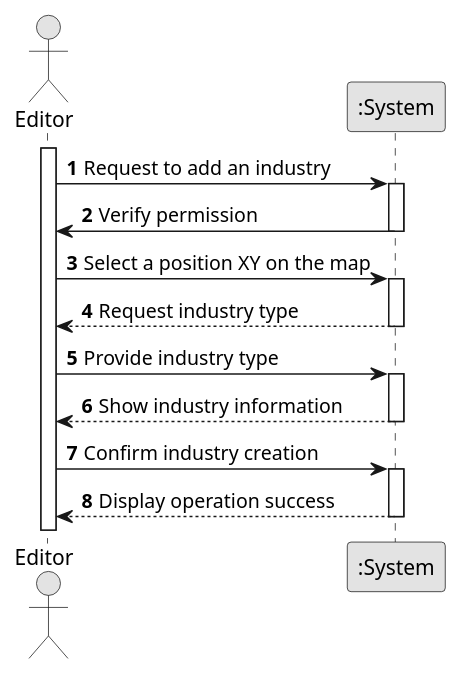
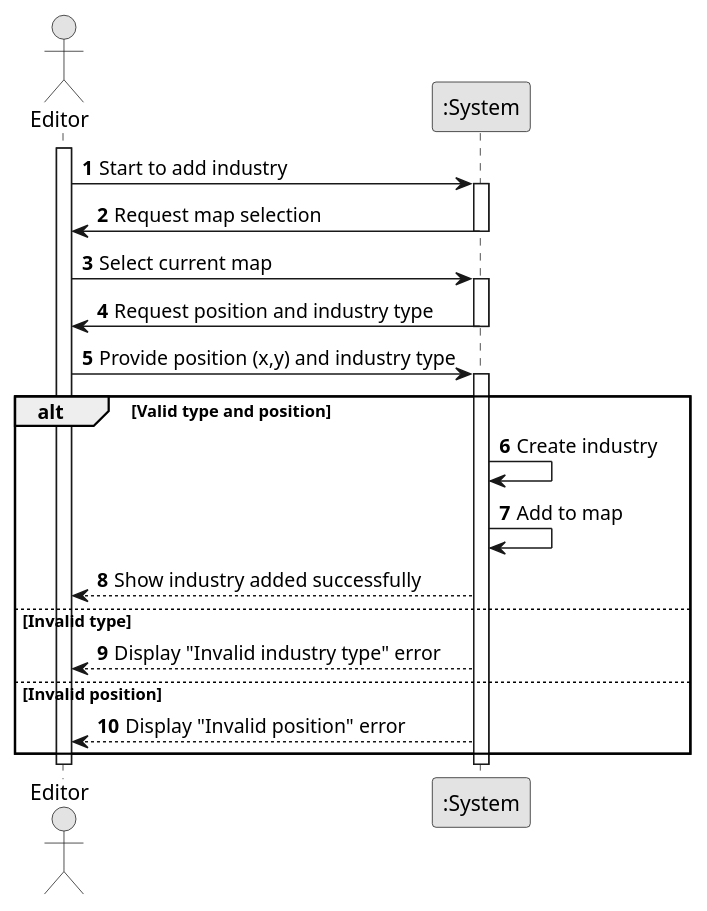
The diagram in Sprint2/US02/01.requirements-engineering.us02/puml/us02Diagram.puml (Andremonteiro1240850/railway_simulator), drawn with PlantUML before and after one commit. The commit also changed other lines of this file and 17 other files, not shown here.

Commit message:
Diagrams US02 Updated

```diff
--- a/Sprint2/US02/01.requirements-engineering.us02/puml/us02Diagram.puml
+++ b/Sprint2/US02/01.requirements-engineering.us02/puml/us02Diagram.puml
@@ -1,37 +1,40 @@
 @startuml
 skinparam monochrome true
 skinparam packageStyle rectangle
 skinparam shadowing false
 
 autonumber
 
 actor "Editor" as Editor
 participant ":System" as System
 
 activate Editor
 
-    Editor -> System : Request to add an industry
-        activate System
+    Editor -> System : Start to add industry
+    activate System
 
-    System -> Editor : Verify permission
+    System -> Editor : Request map selection
     deactivate System
 
-    Editor -> System : Select a position XY on the map
-        activate System
+    Editor -> System : Select current map
+    activate System
 
-    System --> Editor : Request industry type
-        deactivate System
+    System -> Editor : Request position and industry type
+    deactivate System
 
-    Editor -> System : Provide industry type
-        activate System
+    Editor -> System : Provide position (x,y) and industry type
+    activate System
 
-    System --> Editor : Show industry information
-        deactivate System
+    alt Valid type and position
+        System -> System : Create industry
+        System -> System : Add to map
+        System --> Editor : Show industry added successfully
+    else Invalid type
+        System --> Editor : Display "Invalid industry type" error
+    else Invalid position
+        System --> Editor : Display "Invalid position" error
+    end
+    deactivate System
 
-    Editor -> System : Confirm industry creation
-        activate System
-
-    System --> Editor : Display operation success
-        deactivate System
-
+deactivate Editor
 @enduml
```
